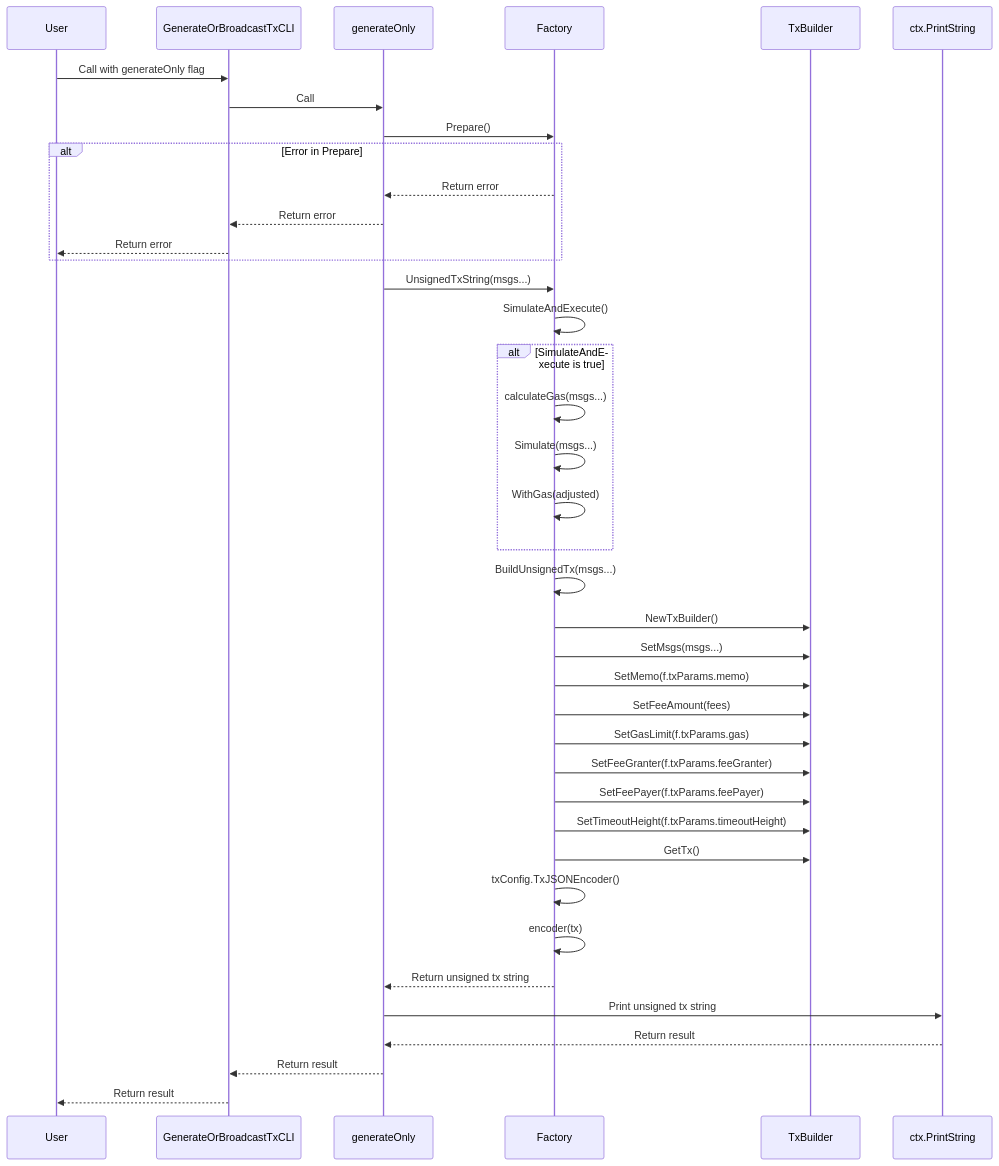
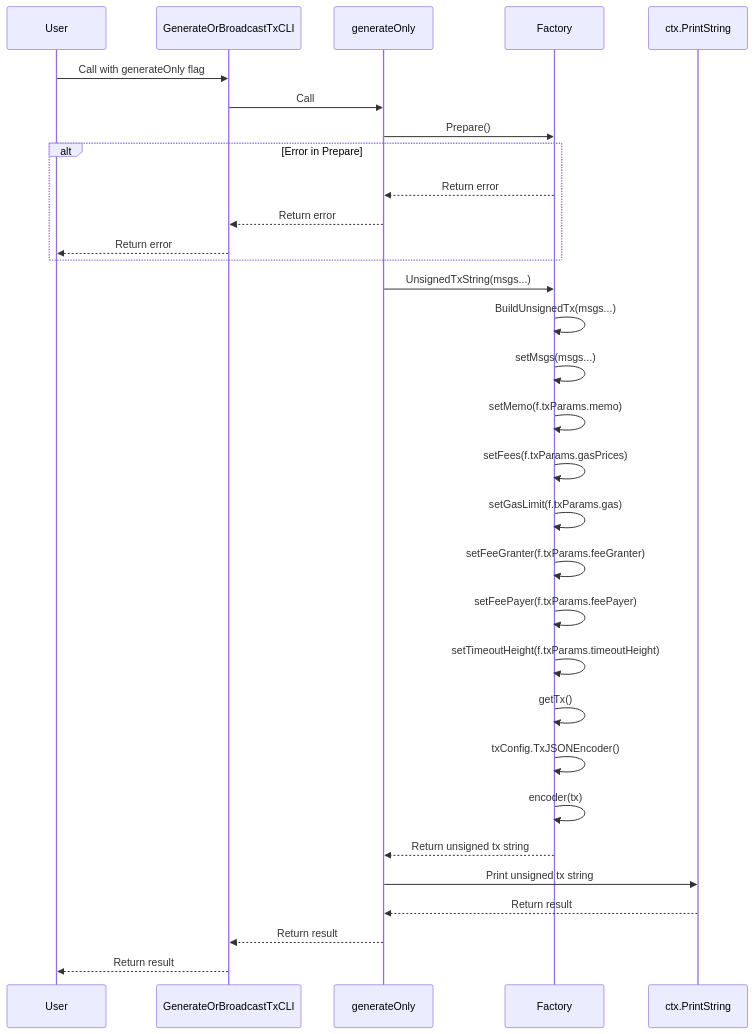
One commit to cosmos/cosmos-sdk changed the sixth of 8 diagrams in client/v2/tx/README.md. Above: the diagram before and after it, drawn with Mermaid. The commit also changed other lines of this file and 6 other files, not shown here.

````diff
--- a/client/v2/tx/README.md
+++ b/client/v2/tx/README.md
@@ -336,47 +275,38 @@
 ```mermaid
 sequenceDiagram
     participant User
     participant GenerateOrBroadcastTxCLI
     participant generateOnly
     participant Factory
-    participant TxBuilder
     participant ctx.PrintString
 
     User->>GenerateOrBroadcastTxCLI: Call with generateOnly flag
     GenerateOrBroadcastTxCLI->>generateOnly: Call
 
     generateOnly->>Factory: Prepare()
     alt Error in Prepare
         Factory-->>generateOnly: Return error
         generateOnly-->>GenerateOrBroadcastTxCLI: Return error
         GenerateOrBroadcastTxCLI-->>User: Return error
     end
 
     generateOnly->>Factory: UnsignedTxString(msgs...)
-    Factory->>Factory: SimulateAndExecute()
-    alt SimulateAndExecute is true
-        Factory->>Factory: calculateGas(msgs...)
-        Factory->>Factory: Simulate(msgs...)
-        Factory->>Factory: WithGas(adjusted)
-    end
+    Factory->>Factory: BuildUnsignedTx(msgs...)
+    Factory->>Factory: setMsgs(msgs...)
+    Factory->>Factory: setMemo(f.txParams.memo)
+    Factory->>Factory: setFees(f.txParams.gasPrices)
+    Factory->>Factory: setGasLimit(f.txParams.gas)
+    Factory->>Factory: setFeeGranter(f.txParams.feeGranter)
+    Factory->>Factory: setFeePayer(f.txParams.feePayer)
+    Factory->>Factory: setTimeoutHeight(f.txParams.timeoutHeight)
 
-    Factory->>Factory: BuildUnsignedTx(msgs...)
-    Factory->>TxBuilder: NewTxBuilder()
-    Factory->>TxBuilder: SetMsgs(msgs...)
-    Factory->>TxBuilder: SetMemo(f.txParams.memo)
-    Factory->>TxBuilder: SetFeeAmount(fees)
-    Factory->>TxBuilder: SetGasLimit(f.txParams.gas)
-    Factory->>TxBuilder: SetFeeGranter(f.txParams.feeGranter)
-    Factory->>TxBuilder: SetFeePayer(f.txParams.feePayer)
-    Factory->>TxBuilder: SetTimeoutHeight(f.txParams.timeoutHeight)
-
-    Factory->>TxBuilder: GetTx()
+    Factory->>Factory: getTx()
     Factory->>Factory: txConfig.TxJSONEncoder()
     Factory->>Factory: encoder(tx)
 
     Factory-->>generateOnly: Return unsigned tx string
     generateOnly->>ctx.PrintString: Print unsigned tx string
     ctx.PrintString-->>generateOnly: Return result
     generateOnly-->>GenerateOrBroadcastTxCLI: Return result
     GenerateOrBroadcastTxCLI-->>User: Return result
 ```
````
